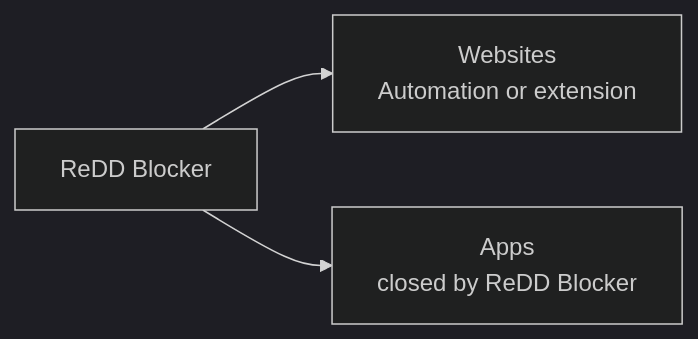
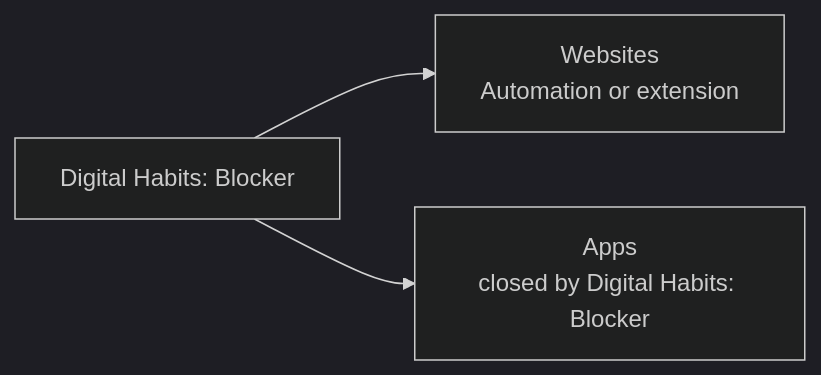
The diagram in README.md (kasnder/redd-block), drawn with Mermaid (dark theme) before and after one commit. The commit also changed other lines of this file and 23 other files, not shown here.

First line of the commit message:
rebrand: update docs and org branding to Centre for Digital Habits / Digital Habits names

````diff
--- a/README.md
+++ b/README.md
@@ -31,6 +31,6 @@
 ```mermaid
 flowchart LR
-  RB[ReDD Blocker]
+  RB[Digital Habits: Blocker]
   RB --> WEB[Websites<br/>Automation or extension]
-  RB --> APP[Apps<br/>closed by ReDD Blocker]
+  RB --> APP[Apps<br/>closed by Digital Habits: Blocker]
 ```
````
